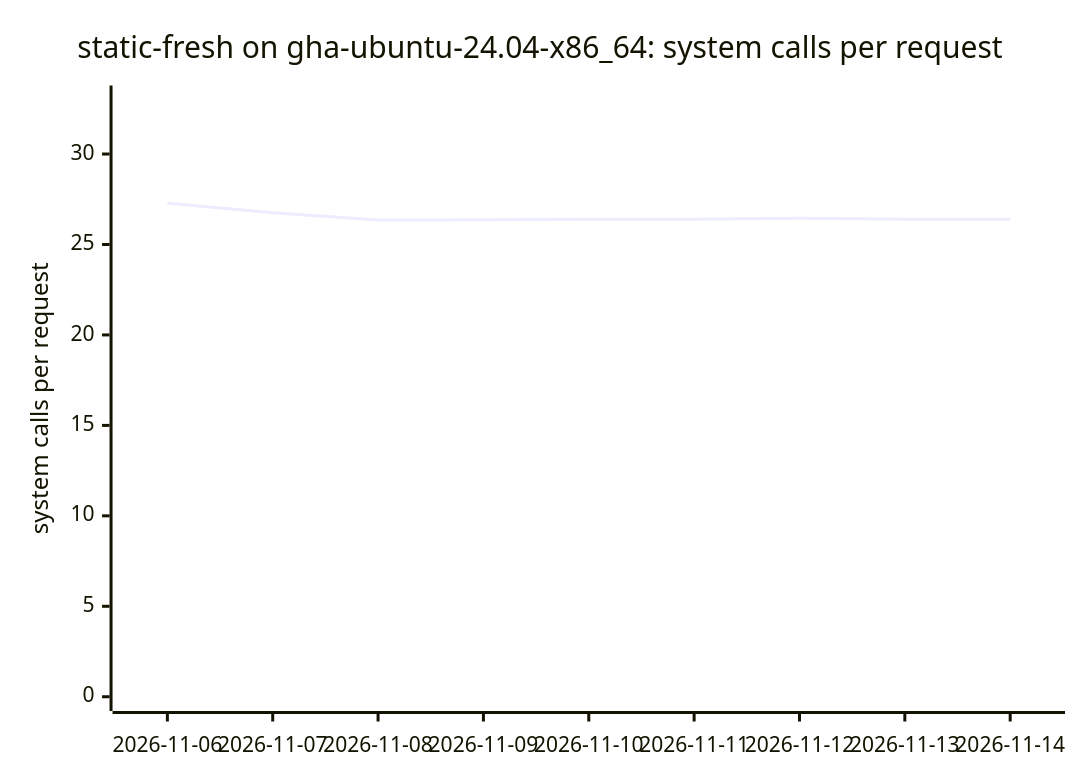
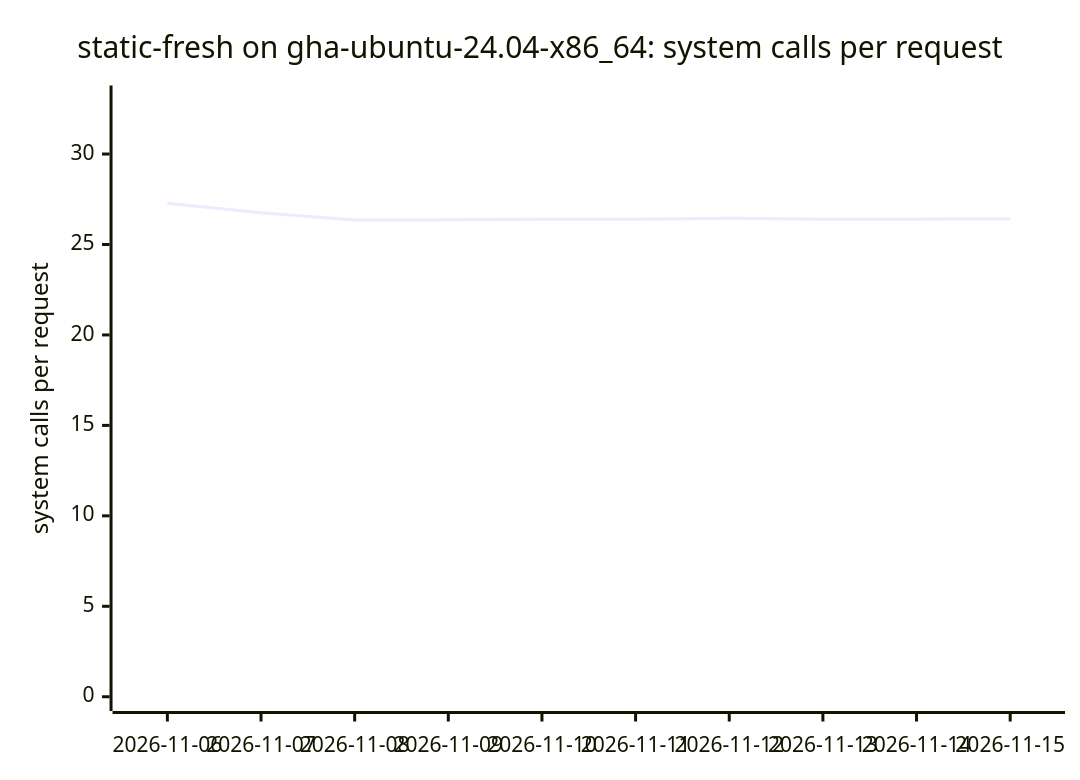
One commit to ThePixelPilgrim/durchlauferhitzer changed diagram 12 of 18 in BENCHMARKS.md. Above: the diagram before and after it, drawn with Mermaid. The commit also changed other lines of this file and 1 other file, not shown here.

````diff
--- a/BENCHMARKS.md
+++ b/BENCHMARKS.md
@@ -138,7 +138,7 @@
 ```mermaid
 xychart-beta
   title "static-fresh on gha-ubuntu-24.04-x86_64: system calls per request"
-  x-axis ["2026-11-06", "2026-11-07", "2026-11-08", "2026-11-09", "2026-11-10", "2026-11-11", "2026-11-12", "2026-11-13", "2026-11-14"]
+  x-axis ["2026-11-06", "2026-11-07", "2026-11-08", "2026-11-09", "2026-11-10", "2026-11-11", "2026-11-12", "2026-11-13", "2026-11-14", "2026-11-15"]
   y-axis "system calls per request" 0 --> 33
-  line [27.28, 26.75, 26.35, 26.36, 26.40, 26.40, 26.45, 26.40, 26.40]
+  line [27.28, 26.75, 26.35, 26.36, 26.40, 26.40, 26.45, 26.40, 26.40, 26.41]
 ```
````
